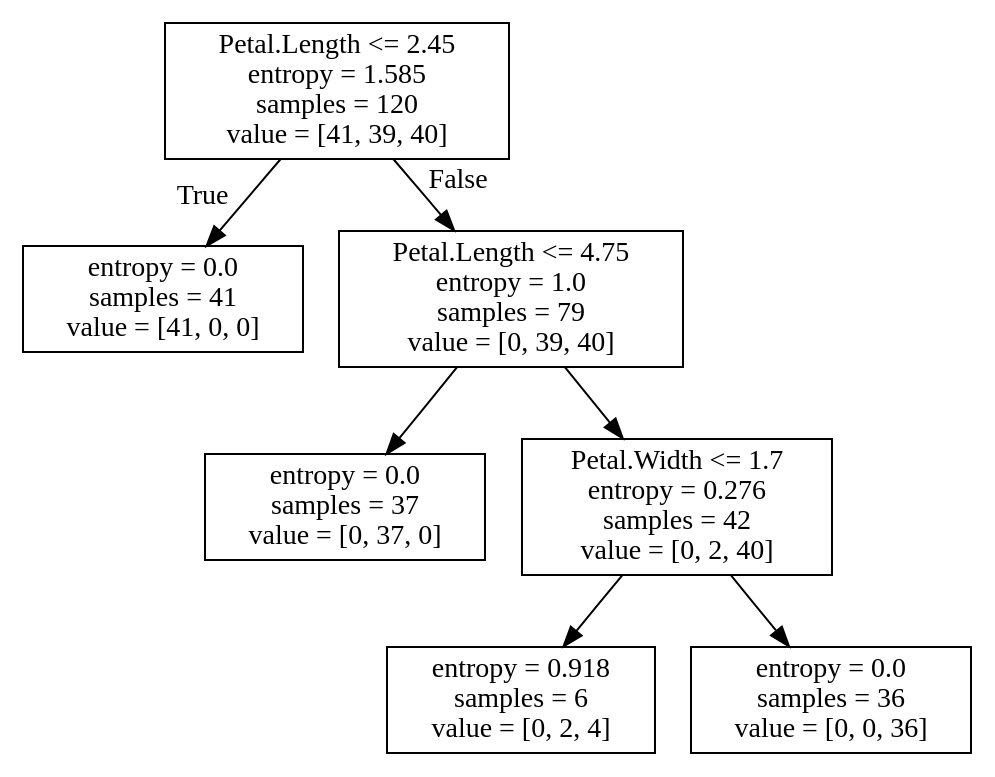
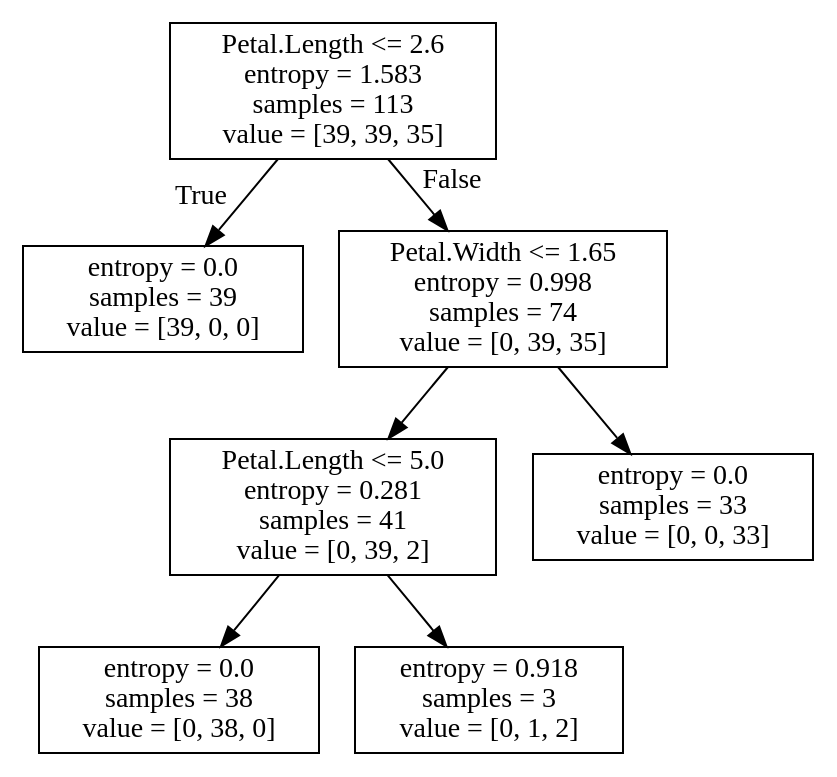
Before and after one commit to diego19508/python-ml-course: the diagram in notebooks/resources/iris_dtree.dot, drawn with Graphviz. The commit also changed 1 other file, not shown here.

```diff
--- a/notebooks/resources/iris_dtree.dot
+++ b/notebooks/resources/iris_dtree.dot
@@ -1,16 +1,16 @@
 digraph Tree {
 node [shape=box] ;
-0 [label="Petal.Length <= 2.45\nentropy = 1.585\nsamples = 120\nvalue = [41, 39, 40]"] ;
-1 [label="entropy = 0.0\nsamples = 41\nvalue = [41, 0, 0]"] ;
+0 [label="Petal.Length <= 2.6\nentropy = 1.583\nsamples = 113\nvalue = [39, 39, 35]"] ;
+1 [label="entropy = 0.0\nsamples = 39\nvalue = [39, 0, 0]"] ;
 0 -> 1 [labeldistance=2.5, labelangle=45, headlabel="True"] ;
-2 [label="Petal.Length <= 4.75\nentropy = 1.0\nsamples = 79\nvalue = [0, 39, 40]"] ;
+2 [label="Petal.Width <= 1.65\nentropy = 0.998\nsamples = 74\nvalue = [0, 39, 35]"] ;
 0 -> 2 [labeldistance=2.5, labelangle=-45, headlabel="False"] ;
-3 [label="entropy = 0.0\nsamples = 37\nvalue = [0, 37, 0]"] ;
+3 [label="Petal.Length <= 5.0\nentropy = 0.281\nsamples = 41\nvalue = [0, 39, 2]"] ;
 2 -> 3 ;
-4 [label="Petal.Width <= 1.7\nentropy = 0.276\nsamples = 42\nvalue = [0, 2, 40]"] ;
-2 -> 4 ;
-5 [label="entropy = 0.918\nsamples = 6\nvalue = [0, 2, 4]"] ;
-4 -> 5 ;
-6 [label="entropy = 0.0\nsamples = 36\nvalue = [0, 0, 36]"] ;
-4 -> 6 ;
+4 [label="entropy = 0.0\nsamples = 38\nvalue = [0, 38, 0]"] ;
+3 -> 4 ;
+5 [label="entropy = 0.918\nsamples = 3\nvalue = [0, 1, 2]"] ;
+3 -> 5 ;
+6 [label="entropy = 0.0\nsamples = 33\nvalue = [0, 0, 33]"] ;
+2 -> 6 ;
 }
```
